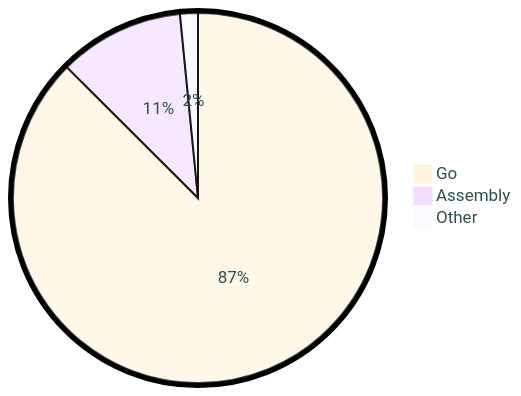
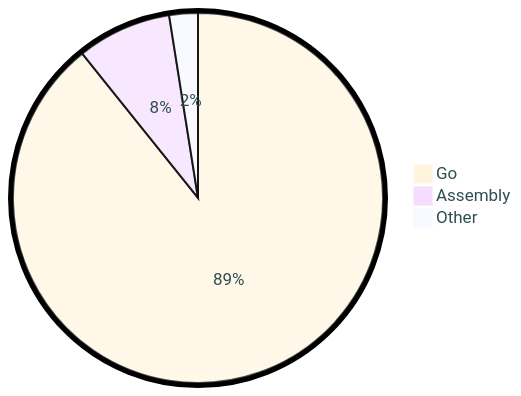
One commit to tot0p/tot0p changed the diagram in README.md. Above: the diagram before and after it, drawn with Mermaid. The commit also changed other lines of this file, not shown here.

````diff
--- a/README.md
+++ b/README.md
@@ -71,7 +72,7 @@
 ```mermaid
 %%{init: {"pie": {"textPosition": 0.5}, "themeVariables": {"pieOuterStrokeWidth": "5px","primaryTextColor" : "#2F4F4F"},"theme":"base"} }%%
 pie
-	"Go": 87.48
-	"Assembly": 10.96
-	"Other": 1.5599999999999998
+	"Go": 89.25
+	"Assembly": 8.26
+	"Other": 2.5000000000000004
 ```
````
